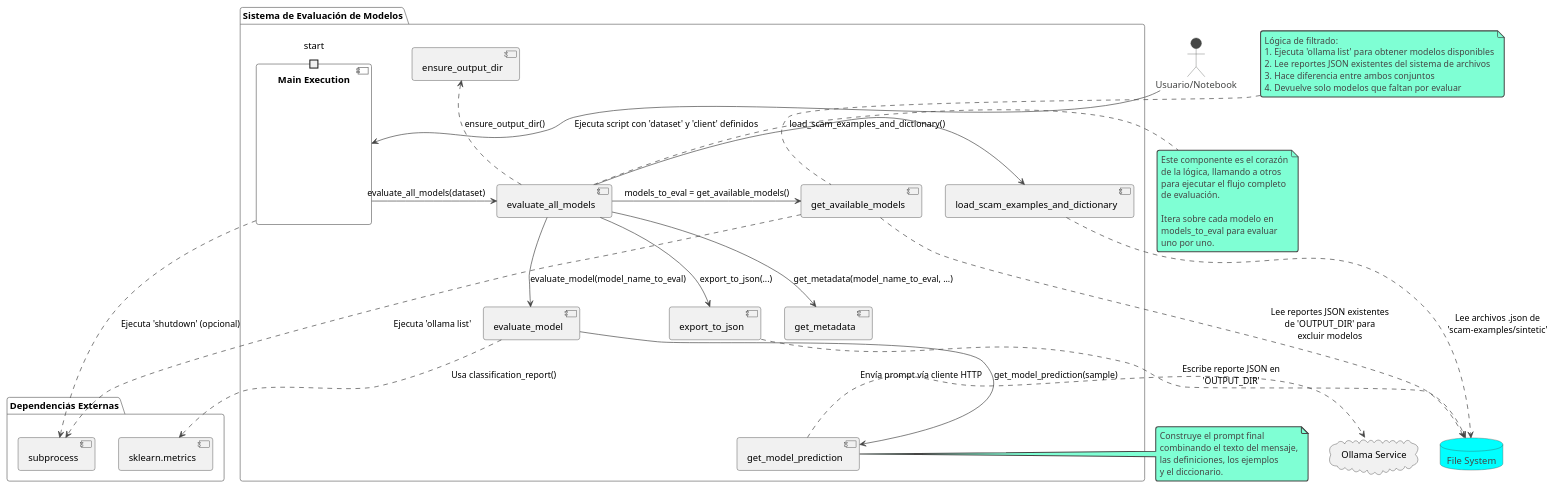
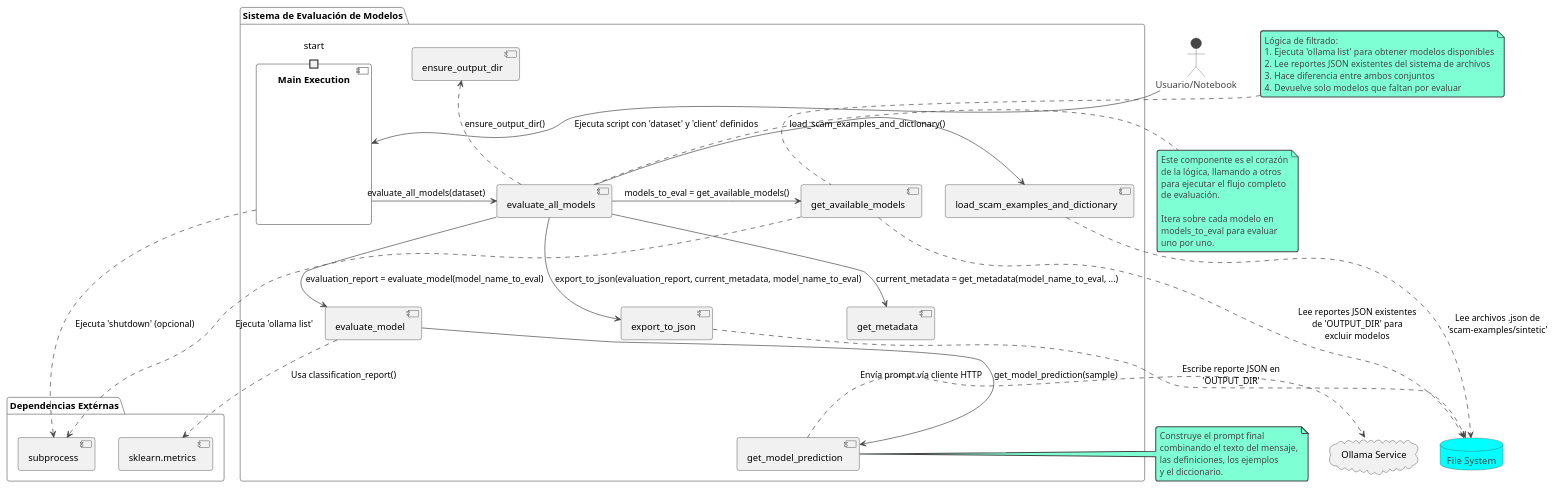
One commit to MisterPi14/Catfishing-Sextortion-PLN-Filter changed the diagram in ComponentDiag4ModClasTest.puml. Above: the diagram before and after it, drawn with PlantUML. The commit also changed 2 other files, not shown here.

Commit message:
se añadio cuenta de los modelos en la salida y se pusieron en forma de lista para la impresion, se cambio de set a dic la variable installed_models dentro de get_available_models para almacenar su tamaño en GB y poder imprimirlo en los reportes

```diff
--- a/ComponentDiag4ModClasTest.puml
+++ b/ComponentDiag4ModClasTest.puml
@@ -1,100 +1,100 @@
 @startuml
 !theme vibrant
 
 ' Use rectangles for components and actors for external systems
 actor User as "Usuario/Notebook"
 database "File System" as FS
 cloud "Ollama Service" as Ollama
 
 package "Sistema de Evaluación de Modelos" {
 
   ' Componente principal que orquesta todo
   component "Main Execution" as Main {
     portin "start" as start_eval
   }
 
   ' Componente de orquestación de la evaluación
   component "evaluate_all_models" as Orchestrator
 
   ' Componentes de utilidad y acceso a datos
   component "get_available_models" as ModelGetter
   component "load_scam_examples_and_dictionary" as DataLoader
   component "export_to_json" as Exporter
 
   ' Componente de evaluación por modelo
   component "evaluate_model" as ModelEvaluator
 
   ' Componente de predicción
   component "get_model_prediction" as Predictor
 
   ' Componentes auxiliares
   component "get_metadata" as Metadata
   component "ensure_output_dir" as DirSetup
 }
 
 package "Dependencias Externas" {
     component "sklearn.metrics" as Sklearn
     component "subprocess" as Subprocess
 }
 
 
 ' --- DEFINICIÓN DE RELACIONES ---
 
 ' El usuario inicia el proceso
 User -down-> Main : "Ejecuta script con 'dataset' y 'client' definidos"
 
 ' Flujo principal de orquestación
 Main -right-> Orchestrator : "evaluate_all_models(dataset)"
 Orchestrator .up.> DirSetup : "ensure_output_dir()"
 Orchestrator -> DataLoader : "load_scam_examples_and_dictionary()"
 Orchestrator -> ModelGetter : "models_to_eval = get_available_models()"
 
 ' Bucle para evaluar cada modelo (iteración sobre models_to_eval)
-Orchestrator --> ModelEvaluator : "evaluate_model(model_name_to_eval)"
-Orchestrator --> Metadata : "get_metadata(model_name_to_eval, ...)"
+Orchestrator --> ModelEvaluator : "evaluation_report = evaluate_model(model_name_to_eval)"
+Orchestrator --> Metadata : "current_metadata = get_metadata(model_name_to_eval, ...)"
 
-Orchestrator --> Exporter : "export_to_json(...)"
+Orchestrator --> Exporter : "export_to_json(evaluation_report, current_metadata, model_name_to_eval)"
 
 ' Interacciones de los componentes con sistemas externos y librerías
 DataLoader .down.> FS : "Lee archivos .json de\n'scam-examples/sintetic'"
 ModelGetter .down.> Subprocess : "Ejecuta 'ollama list'"
 ModelGetter .down.> FS : "Lee reportes JSON existentes\nde 'OUTPUT_DIR' para\nexcluir modelos"
 
 ModelEvaluator --> Predictor : "get_model_prediction(sample)"
 ModelEvaluator .down.> Sklearn : "Usa classification_report()"
 
 Predictor .right.> Ollama : "Envía prompt vía cliente HTTP"
 
 Exporter .down.> FS : "Escribe reporte JSON en\n'OUTPUT_DIR'"
 
 Main .down.> Subprocess : "Ejecuta 'shutdown' (opcional)"
 
 
 ' Notas adicionales para clarificar
 note right of Orchestrator
   Este componente es el corazón
   de la lógica, llamando a otros
   para ejecutar el flujo completo
   de evaluación.
   
   Itera sobre cada modelo en
   models_to_eval para evaluar
   uno por uno.
 end note
 
 note top of ModelGetter
   Lógica de filtrado:
   1. Ejecuta 'ollama list' para obtener modelos disponibles
   2. Lee reportes JSON existentes del sistema de archivos
   3. Hace diferencia entre ambos conjuntos
   4. Devuelve solo modelos que faltan por evaluar
 end note
 
 note left of Predictor
   Construye el prompt final
   combinando el texto del mensaje,
   las definiciones, los ejemplos
   y el diccionario.
 end note
 
 @enduml
```
